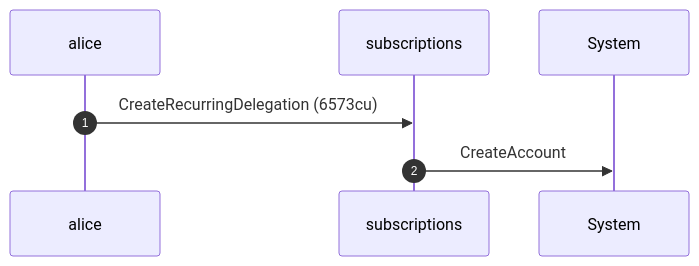
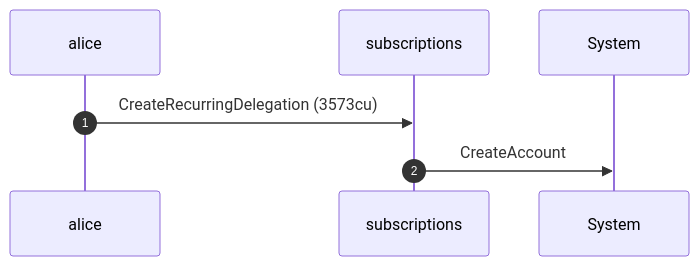
Before and after one commit to cds-rs/subscriptions: the fifth of 8 diagrams in dsl_tests/recurring-transfer-over-a-stale-version-delegation-is-refused.md, drawn with Mermaid. The commit also changed other lines of this file and 224 other files, not shown here.

````diff
--- a/dsl_tests/recurring-transfer-over-a-stale-version-delegation-is-refused.md
+++ b/dsl_tests/recurring-transfer-over-a-stale-version-delegation-is-refused.md
@@ -104,9 +110,9 @@
 ```mermaid
 sequenceDiagram
     autonumber
     participant alice
     participant subscriptions
     participant System
-    alice ->> subscriptions: CreateRecurringDelegation (6573cu)
+    alice ->> subscriptions: CreateRecurringDelegation (3573cu)
     subscriptions ->> System: CreateAccount
 ```
````
